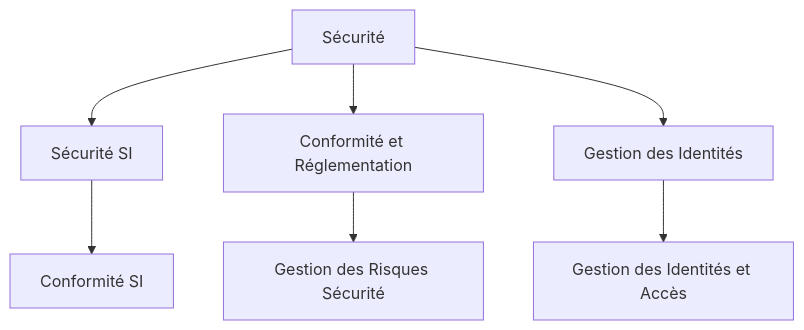
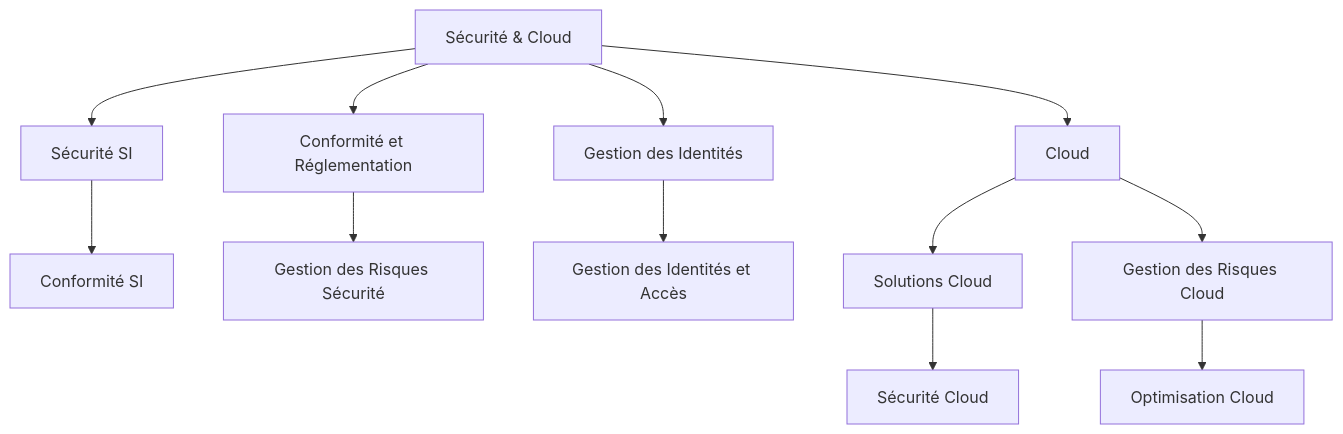
Before and after one commit to sanogotech/preparationCertificationCCNA: the third of 6 diagrams in TestSchema.md, drawn with Mermaid. The commit also changed other lines of this file, not shown here.

````diff
--- a/TestSchema.md
+++ b/TestSchema.md
@@ -80,15 +52,26 @@
 ```mermaid
 graph TD
-    C[Sécurité] --> C1[Sécurité SI]
+    C[Sécurité & Cloud] --> C1[Sécurité SI]
     C --> C2[Conformité et Réglementation]
     C --> C3[Gestion des Identités]
+    C --> E[Cloud]
 
     %% Sécurité SI
     C1 --> C1a[Conformité SI]
 
     %% Conformité et Réglementation
     C2 --> C2a[Gestion des Risques Sécurité]
 
     %% Gestion des Identités
     C3 --> C3a[Gestion des Identités et Accès]
+
+    %% Cloud
+    E --> E1[Solutions Cloud]
+    E --> E2[Gestion des Risques Cloud]
+
+    %% Solutions Cloud
+    E1 --> E1a[Sécurité Cloud]
+
+    %% Gestion des Risques Cloud
+    E2 --> E2a[Optimisation Cloud]
 ```
````
